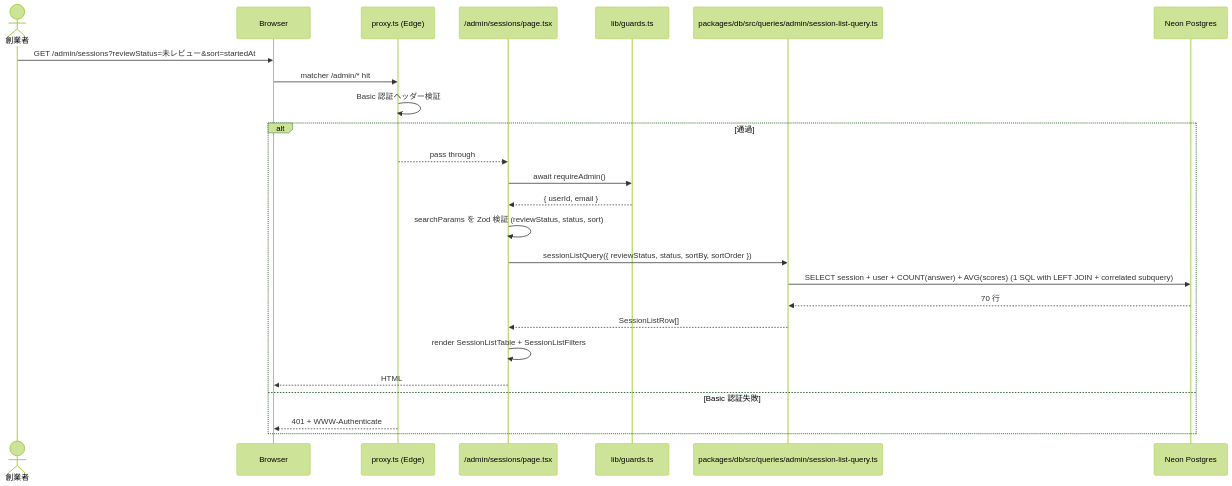
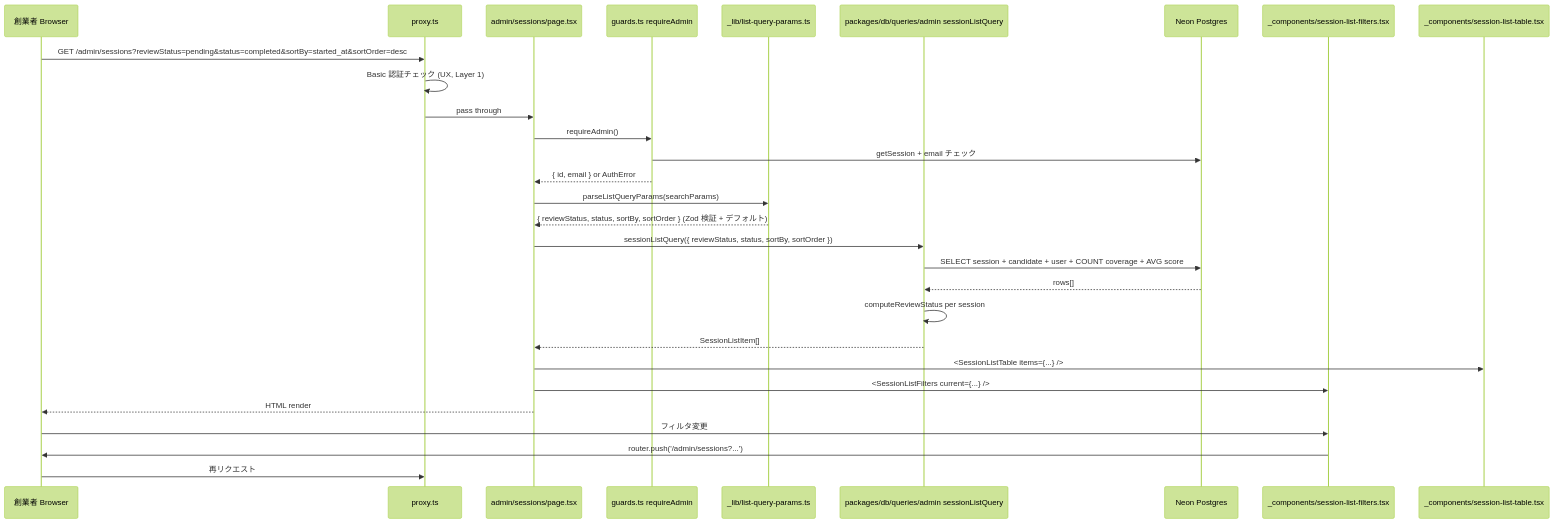
Before and after one commit to nonnta-ww/bulr-app-mvp: the second of 4 diagrams in .kiro/specs/admin-review-panel/design.md, drawn with Mermaid (forest theme). The commit also changed other lines of this file and 39 other files, not shown here.

````diff
--- a/.kiro/specs/admin-review-panel/design.md
+++ b/.kiro/specs/admin-review-panel/design.md
@@ -344,28 +374,32 @@
 ```mermaid
 sequenceDiagram
-    actor Admin as 創業者
-    participant Browser
-    participant Proxy as proxy.ts (Edge)
-    participant ListPage as /admin/sessions/page.tsx
-    participant Guards as lib/guards.ts
-    participant Query as packages/db/src/queries/admin/session-list-query.ts
+    participant U as 創業者 Browser
+    participant P as proxy.ts
+    participant Page as admin/sessions/page.tsx
+    participant Guard as guards.ts requireAdmin
+    participant Params as _lib/list-query-params.ts
+    participant Q as packages/db/queries/admin sessionListQuery
     participant DB as Neon Postgres
+    participant Filters as _components/session-list-filters.tsx
+    participant Table as _components/session-list-table.tsx
 
-    Admin->>Browser: GET /admin/sessions?reviewStatus=未レビュー&sort=startedAt
-    Browser->>Proxy: matcher /admin/* hit
-    Proxy->>Proxy: Basic 認証ヘッダー検証
-    alt 通過
-        Proxy-->>ListPage: pass through
-        ListPage->>Guards: await requireAdmin()
-        Guards-->>ListPage: { userId, email }
-        ListPage->>ListPage: searchParams を Zod 検証 (reviewStatus, status, sort)
-        ListPage->>Query: sessionListQuery({ reviewStatus, status, sortBy, sortOrder })
-        Query->>DB: SELECT session + user + COUNT(answer) + AVG(scores) (1 SQL with LEFT JOIN + correlated subquery)
-        DB-->>Query: 70 行
-        Query-->>ListPage: SessionListRow[]
-        ListPage->>ListPage: render SessionListTable + SessionListFilters
-        ListPage-->>Browser: HTML
-    else Basic 認証失敗
-        Proxy-->>Browser: 401 + WWW-Authenticate
-    end
+    U->>P: GET /admin/sessions?reviewStatus=pending&status=completed&sortBy=started_at&sortOrder=desc
+    P->>P: Basic 認証チェック (UX, Layer 1)
+    P->>Page: pass through
+    Page->>Guard: requireAdmin()
+    Guard->>DB: getSession + email チェック
+    Guard-->>Page: { id, email } or AuthError
+    Page->>Params: parseListQueryParams(searchParams)
+    Params-->>Page: { reviewStatus, status, sortBy, sortOrder } (Zod 検証 + デフォルト)
+    Page->>Q: sessionListQuery({ reviewStatus, status, sortBy, sortOrder })
+    Q->>DB: SELECT session + candidate + user + COUNT coverage + AVG score
+    DB-->>Q: rows[]
+    Q->>Q: computeReviewStatus per session
+    Q-->>Page: SessionListItem[]
+    Page->>Table: <SessionListTable items={...} />
+    Page->>Filters: <SessionListFilters current={...} />
+    Page-->>U: HTML render
+    U->>Filters: フィルタ変更
+    Filters->>U: router.push('/admin/sessions?...')
+    U->>P: 再リクエスト
 ```
````
